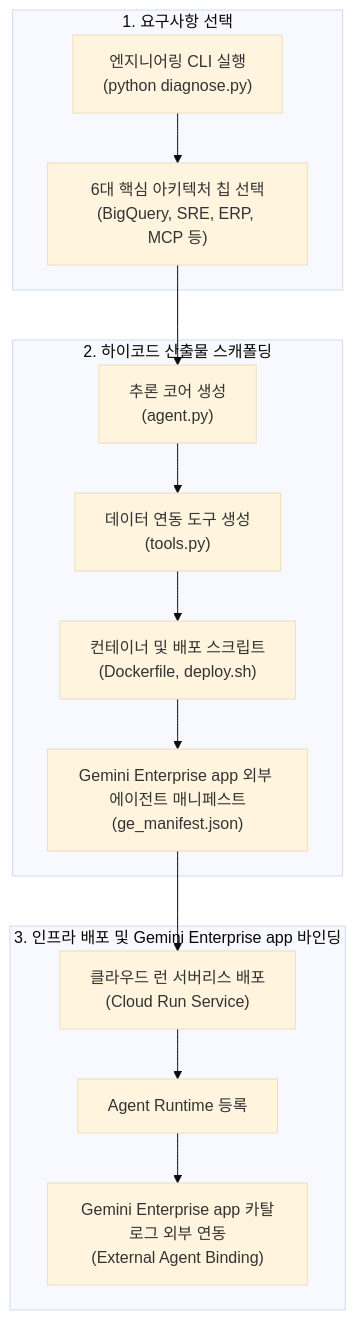
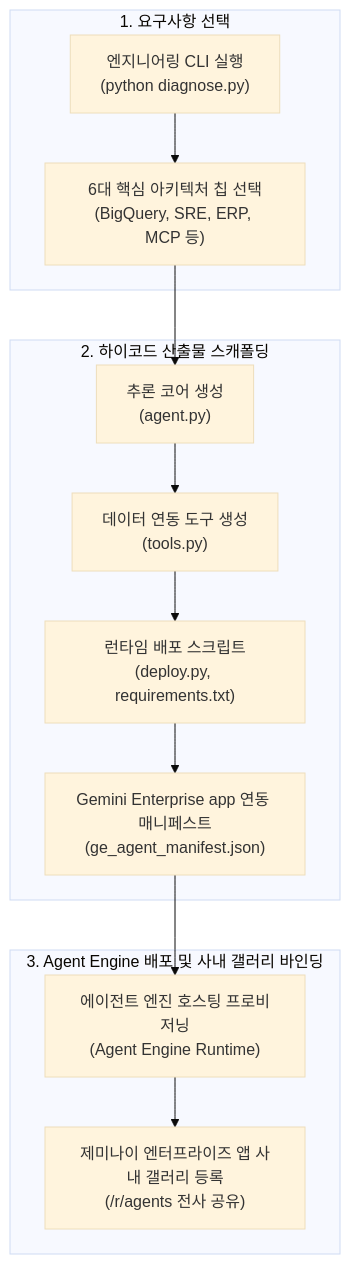
One commit to jiangjun-forge/google-cloud-0-to-1 changed the diagram in samples/gemini-enterprise-copilot-custom/README.md. Above: the diagram before and after it, drawn with Mermaid (base theme). The commit also changed other lines of this file and 6 other files, not shown here.

Commit message:
Remove Cloud Run

````diff
--- a/samples/gemini-enterprise-copilot-custom/README.md
+++ b/samples/gemini-enterprise-copilot-custom/README.md
@@ -42,23 +42,22 @@
 ```mermaid
 flowchart TD
     subgraph Input ["1. 요구사항 선택"]
         I1["엔지니어링 CLI 실행<br/>(python diagnose.py)"]
         I2["6대 핵심 아키텍처 칩 선택<br/>(BigQuery, SRE, ERP, MCP 등)"]
         I1 --> I2
     end
 
     subgraph Scaffolding ["2. 하이코드 산출물 스캐폴딩"]
         S1["추론 코어 생성<br/>(agent.py)"]
         S2["데이터 연동 도구 생성<br/>(tools.py)"]
-        S3["컨테이너 및 배포 스크립트<br/>(Dockerfile, deploy.sh)"]
-        S4["Gemini Enterprise app 외부 에이전트 매니페스트<br/>(ge_manifest.json)"]
+        S3["런타임 배포 스크립트<br/>(deploy.py, requirements.txt)"]
+        S4["Gemini Enterprise app 연동 매니페스트<br/>(ge_agent_manifest.json)"]
         I2 --> S1 --> S2 --> S3 --> S4
     end
 
-    subgraph Deployment ["3. 인프라 배포 및 Gemini Enterprise app 바인딩"]
-        D1["클라우드 런 서버리스 배포<br/>(Cloud Run Service)"]
-        D2["Agent Runtime 등록"]
-        D3["Gemini Enterprise app 카탈로그 외부 연동<br/>(External Agent Binding)"]
-        S4 --> D1 --> D2 --> D3
+    subgraph Deployment ["3. Agent Engine 배포 및 사내 갤러리 바인딩"]
+        D1["에이전트 엔진 호스팅 프로비저닝<br/>(Agent Engine Runtime)"]
+        D2["제미나이 엔터프라이즈 앱 사내 갤러리 등록<br/>(/r/agents 전사 공유)"]
+        S4 --> D1 --> D2
     end
 ```
````
